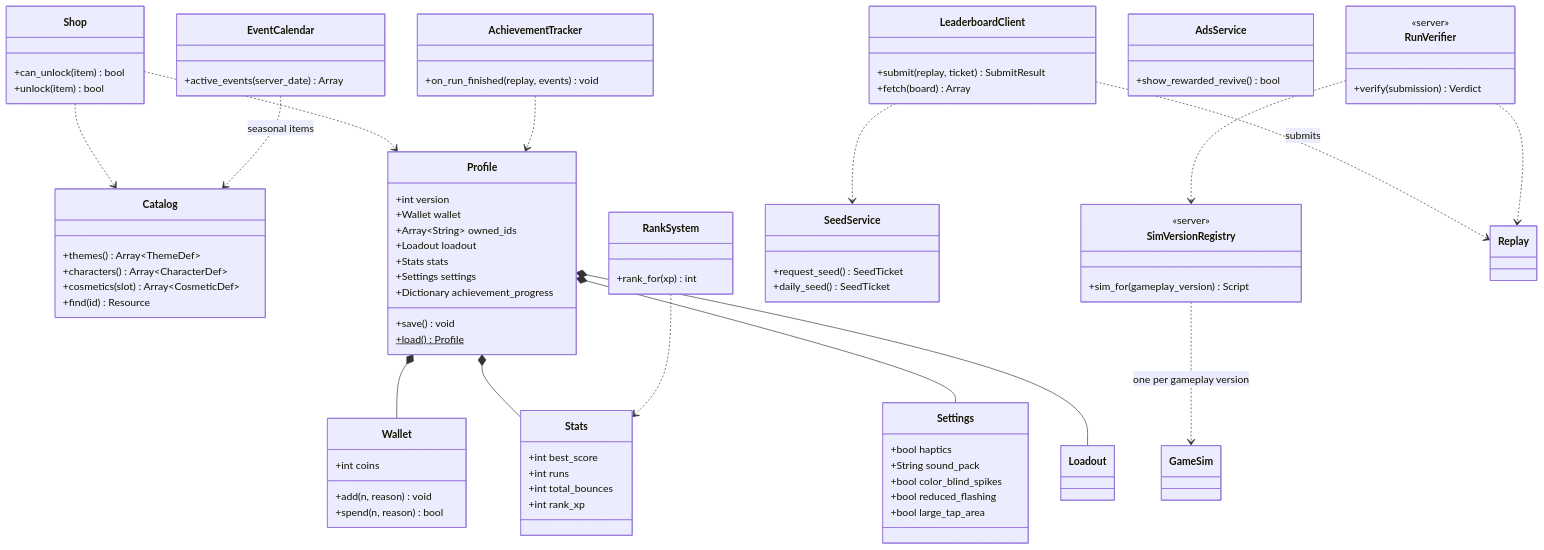
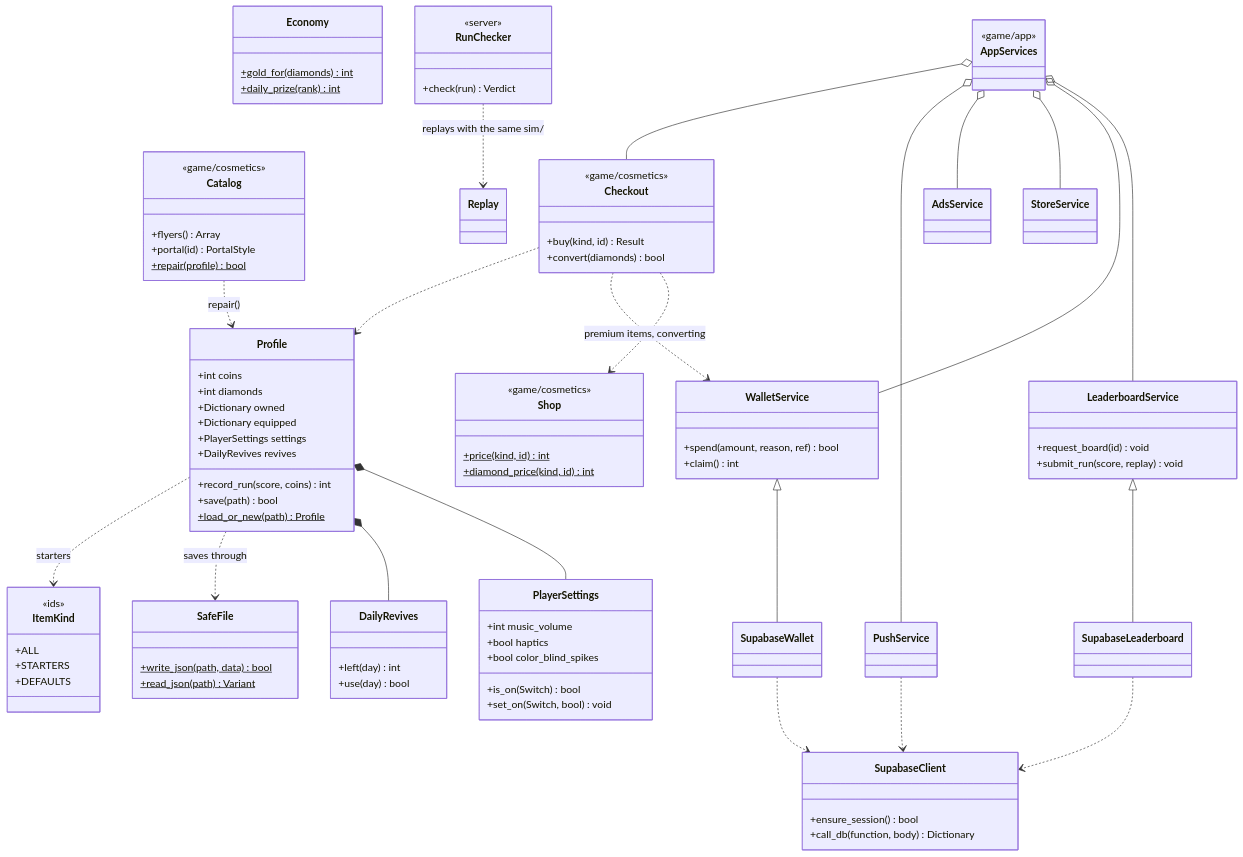
The third of 3 diagrams in docs/DOMAIN_MODEL.md (Mxndarijn/Spikey), drawn with Mermaid before and after one commit. The commit also changed other lines of this file and 213 other files, not shown here.

````diff
--- a/docs/DOMAIN_MODEL.md
+++ b/docs/DOMAIN_MODEL.md
@@ -304,85 +304,98 @@
 ```mermaid
 classDiagram
 direction TB
+class Profile {
+  +int coins
+  +int diamonds
+  +Dictionary owned
+  +Dictionary equipped
+  +PlayerSettings settings
+  +DailyRevives revives
+  +record_run(score, coins) int
+  +save(path) bool
+  +load_or_new(path)$ Profile
+}
+class PlayerSettings {
+  +int music_volume
+  +bool haptics
+  +bool color_blind_spikes
+  +is_on(Switch) bool
+  +set_on(Switch, bool) void
+}
+class DailyRevives {
+  +left(day) int
+  +use(day) bool
+}
+class SafeFile {
+  +write_json(path, data)$ bool
+  +read_json(path)$ Variant
+}
+class ItemKind {
+  <<ids>>
+  +ALL
+  +STARTERS
+  +DEFAULTS
+}
+class Economy {
+  +gold_for(diamonds)$ int
+  +daily_prize(rank)$ int
+}
 class Catalog {
-  +themes() Array~ThemeDef~
-  +characters() Array~CharacterDef~
-  +cosmetics(slot) Array~CosmeticDef~
-  +find(id) Resource
-}
-class Profile {
-  +int version
-  +Wallet wallet
-  +Array~String~ owned_ids
-  +Loadout loadout
-  +Stats stats
-  +Settings settings
-  +Dictionary achievement_progress
-  +save() void
-  +load()$ Profile
-}
-class Wallet {
-  +int coins
-  +add(n, reason) void
-  +spend(n, reason) bool
-}
-class Stats {
-  +int best_score
-  +int runs
-  +int total_bounces
-  +int rank_xp
-}
-class Settings {
-  +bool haptics
-  +String sound_pack
-  +bool color_blind_spikes
-  +bool reduced_flashing
-  +bool large_tap_area
+  <<game/cosmetics>>
+  +flyers() Array
+  +portal(id) PortalStyle
+  +repair(profile)$ bool
 }
 class Shop {
-  +can_unlock(item) bool
-  +unlock(item) bool
+  <<game/cosmetics>>
+  +price(kind, id)$ int
+  +diamond_price(kind, id)$ int
 }
-class AchievementTracker {
-  +on_run_finished(replay, events) void
+class Checkout {
+  <<game/cosmetics>>
+  +buy(kind, id) Result
+  +convert(diamonds) bool
 }
-class RankSystem {
-  +rank_for(xp) int
+class SupabaseClient {
+  +ensure_session() bool
+  +call_db(function, body) Dictionary
 }
-class EventCalendar {
-  +active_events(server_date) Array
+class LeaderboardService {
+  +request_board(id) void
+  +submit_run(score, replay) void
 }
-class SeedService {
-  +request_seed() SeedTicket
-  +daily_seed() SeedTicket
+class WalletService {
+  +spend(amount, reason, ref) bool
+  +claim() int
 }
-class LeaderboardClient {
-  +submit(replay, ticket) SubmitResult
-  +fetch(board) Array
+class StoreService
+class AdsService
+class PushService
+class AppServices {
+  <<game/app>>
 }
-class AdsService {
-  +show_rewarded_revive() bool
+class RunChecker {
+  <<server>>
+  +check(run) Verdict
 }
-class RunVerifier {
-  <<server>>
-  +verify(submission) Verdict
-}
-class SimVersionRegistry {
-  <<server>>
-  +sim_for(gameplay_version) Script
-}
-Profile *-- Wallet
-Profile *-- Stats
-Profile *-- Settings
-Profile *-- Loadout
-Shop ..> Catalog
-Shop ..> Profile
-AchievementTracker ..> Profile
-RankSystem ..> Stats
-EventCalendar ..> Catalog : seasonal items
-LeaderboardClient ..> Replay : submits
-LeaderboardClient ..> SeedService
-RunVerifier ..> SimVersionRegistry
-SimVersionRegistry ..> GameSim : one per gameplay version
-RunVerifier ..> Replay
+Profile *-- PlayerSettings
+Profile *-- DailyRevives
+Profile ..> SafeFile : saves through
+Profile ..> ItemKind : starters
+Checkout ..> Shop
+Checkout ..> WalletService : premium items, converting
+Checkout ..> Profile
+Catalog ..> Profile : repair()
+LeaderboardService <|-- SupabaseLeaderboard
+WalletService <|-- SupabaseWallet
+SupabaseLeaderboard ..> SupabaseClient
+SupabaseWallet ..> SupabaseClient
+PushService ..> SupabaseClient
+AppServices o-- LeaderboardService
+AppServices o-- WalletService
+AppServices o-- StoreService
+AppServices o-- AdsService
+AppServices o-- PushService
+AppServices o-- Checkout
+RunChecker ..> Replay : replays with the same sim/
 ```
````
